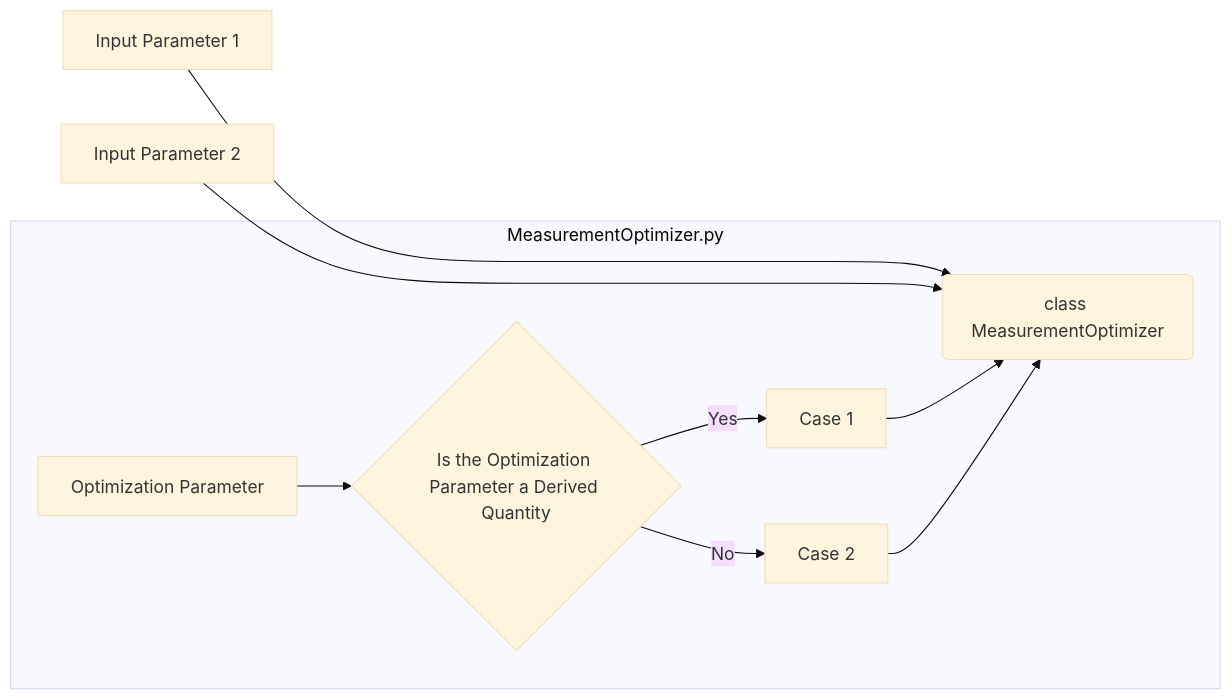
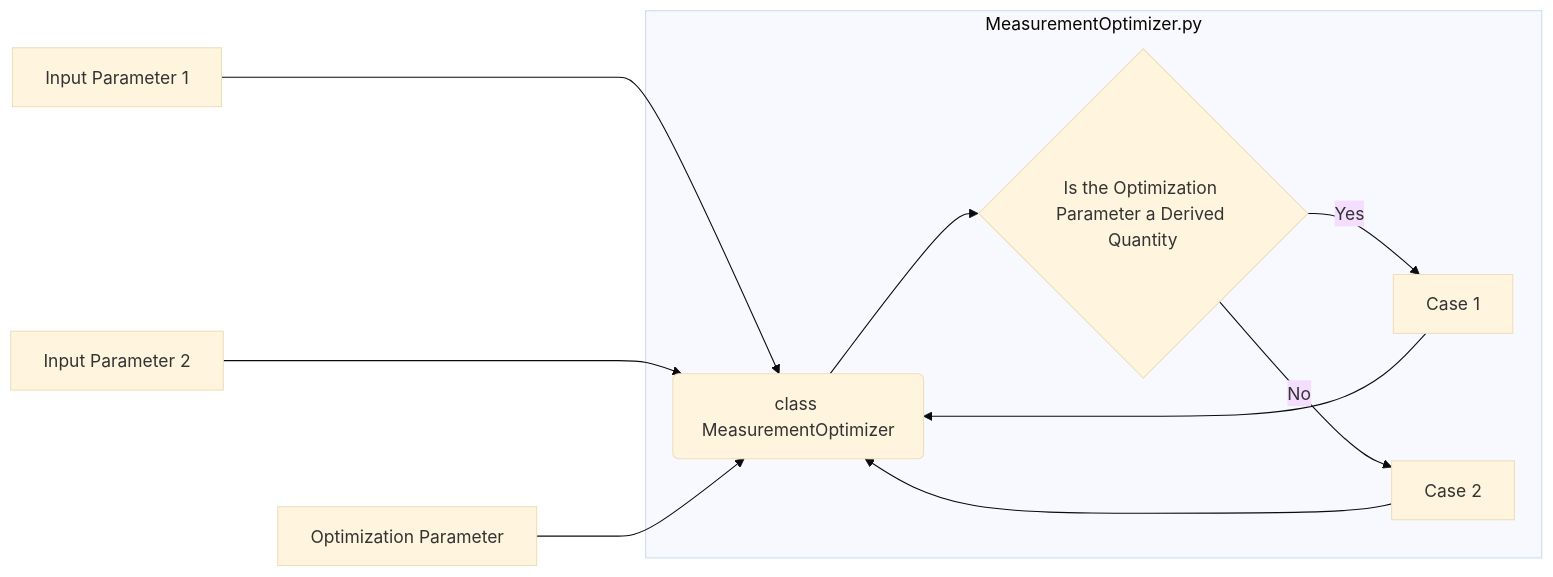
One commit to shanto268/two_parameter_optimization_labber_qic changed the diagram in README.md. Above: the diagram before and after it, drawn with Mermaid (base theme).

Commit message:
readme icon 3

````diff
--- a/README.md
+++ b/README.md
@@ -8,13 +8,15 @@
 ```mermaid
 graph LR
   B("class MeasurementOptimizer");
+  D[Optimization Parameter];
   A[Input Parameter 1] ----> B;
   C[Input Parameter 2] ----> B;
+  D ---> B;
   subgraph "MeasurementOptimizer.py"
-  D[Optimization Parameter] --> E{Is the Optimization Parameter a Derived Quantity};
+  B--> E{Is the Optimization Parameter a Derived Quantity};
   E -->|Yes| F[Case 1];
   E -->|No| G[Case 2];
   F --> B;
   G --> B;
   end
 ```
````
